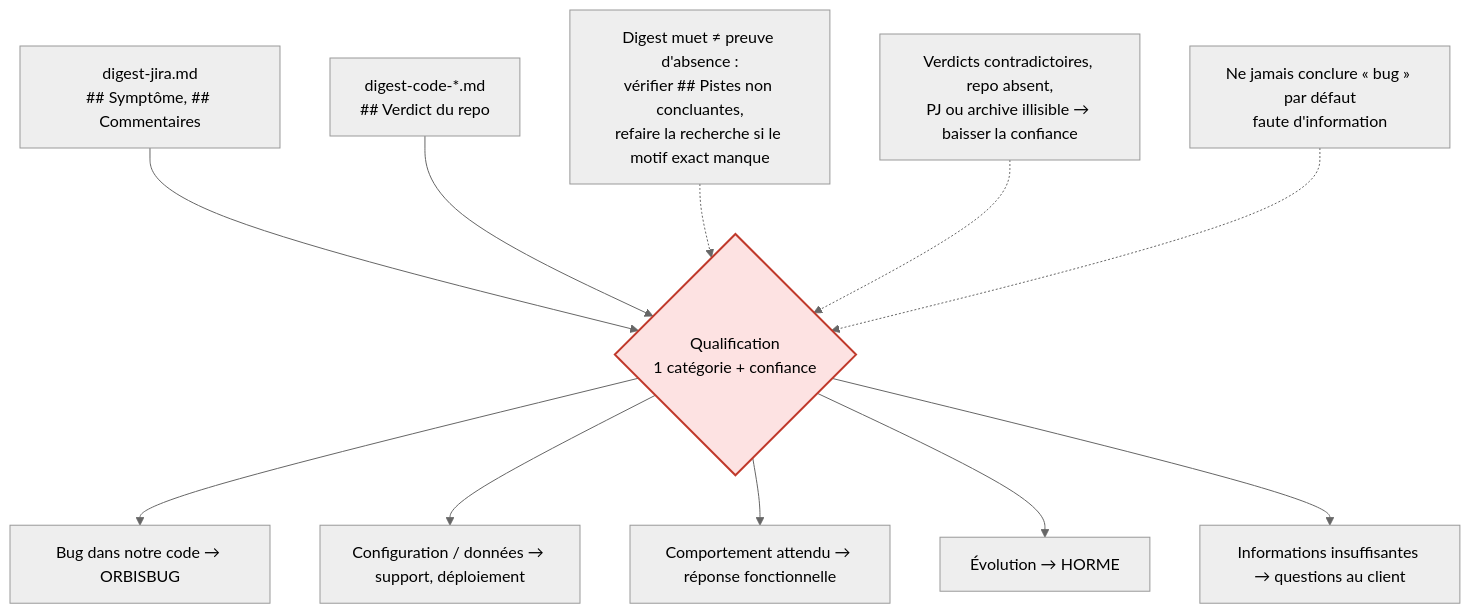
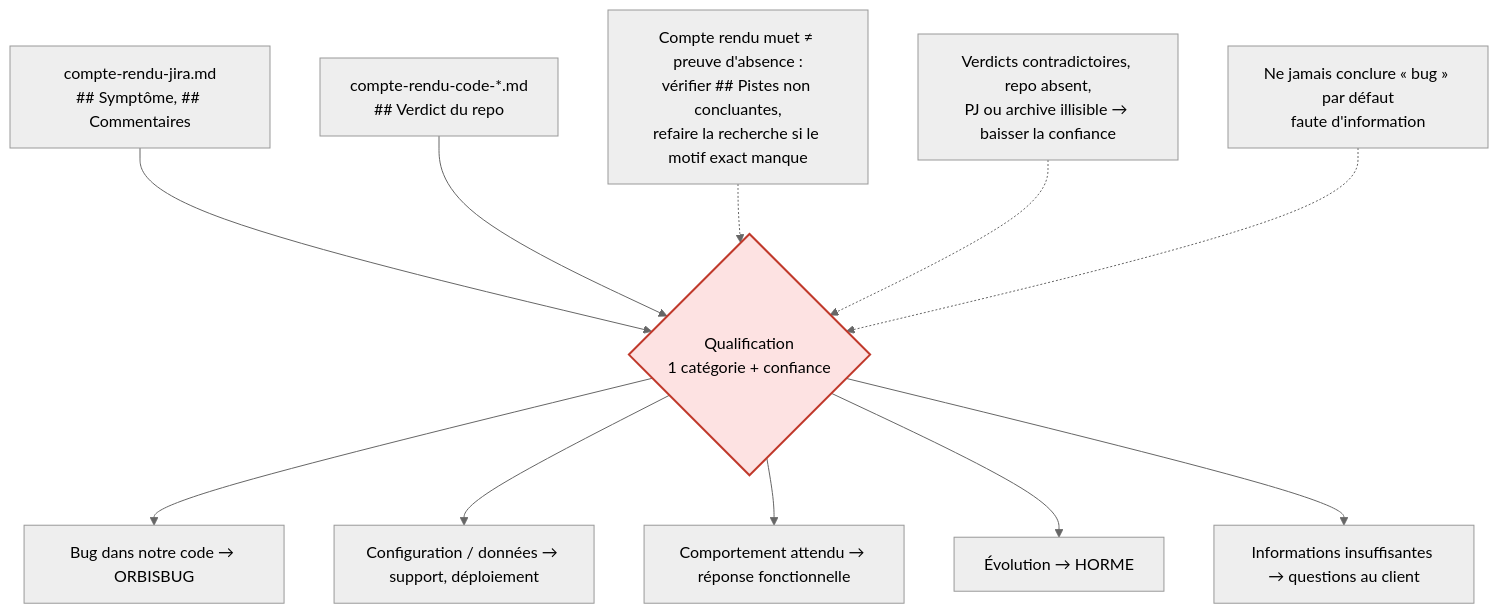
Before and after one commit to tomsoulage-dedalus/presc-workflows-tools: the fifth of 5 diagrams in skills/gsupport-analyze/ARCHITECTURE.md, drawn with Mermaid (neutral theme). The commit also changed other lines of this file and 1 other file, not shown here.

````diff
--- a/skills/gsupport-analyze/ARCHITECTURE.md
+++ b/skills/gsupport-analyze/ARCHITECTURE.md
@@ -168,18 +168,18 @@
 ```mermaid
 flowchart TD
-    IN1["digest-jira.md<br/>## Symptôme, ## Commentaires"] --> Q
-    IN2["digest-code-*.md<br/>## Verdict du repo"] --> Q
+    IN1["compte-rendu-jira.md<br/>## Symptôme, ## Commentaires"] --> Q
+    IN2["compte-rendu-code-*.md<br/>## Verdict du repo"] --> Q
     Q{"Qualification<br/>1 catégorie + confiance"}
 
     Q --> C1["Bug dans notre code → ORBISBUG"]
     Q --> C2["Configuration / données → support, déploiement"]
     Q --> C3["Comportement attendu → réponse fonctionnelle"]
     Q --> C4["Évolution → HORME"]
     Q --> C5["Informations insuffisantes → questions au client"]
 
-    G1["Digest muet ≠ preuve d'absence :<br/>vérifier ## Pistes non concluantes,<br/>refaire la recherche si le motif exact manque"] -.-> Q
+    G1["Compte rendu muet ≠ preuve d'absence :<br/>vérifier ## Pistes non concluantes,<br/>refaire la recherche si le motif exact manque"] -.-> Q
     G2["Verdicts contradictoires, repo absent,<br/>PJ ou archive illisible → baisser la confiance"] -.-> Q
     G3["Ne jamais conclure « bug » par défaut<br/>faute d'information"] -.-> Q
 
     style Q fill:#fde2e2,stroke:#c0392b,stroke-width:2px
 ```
````
